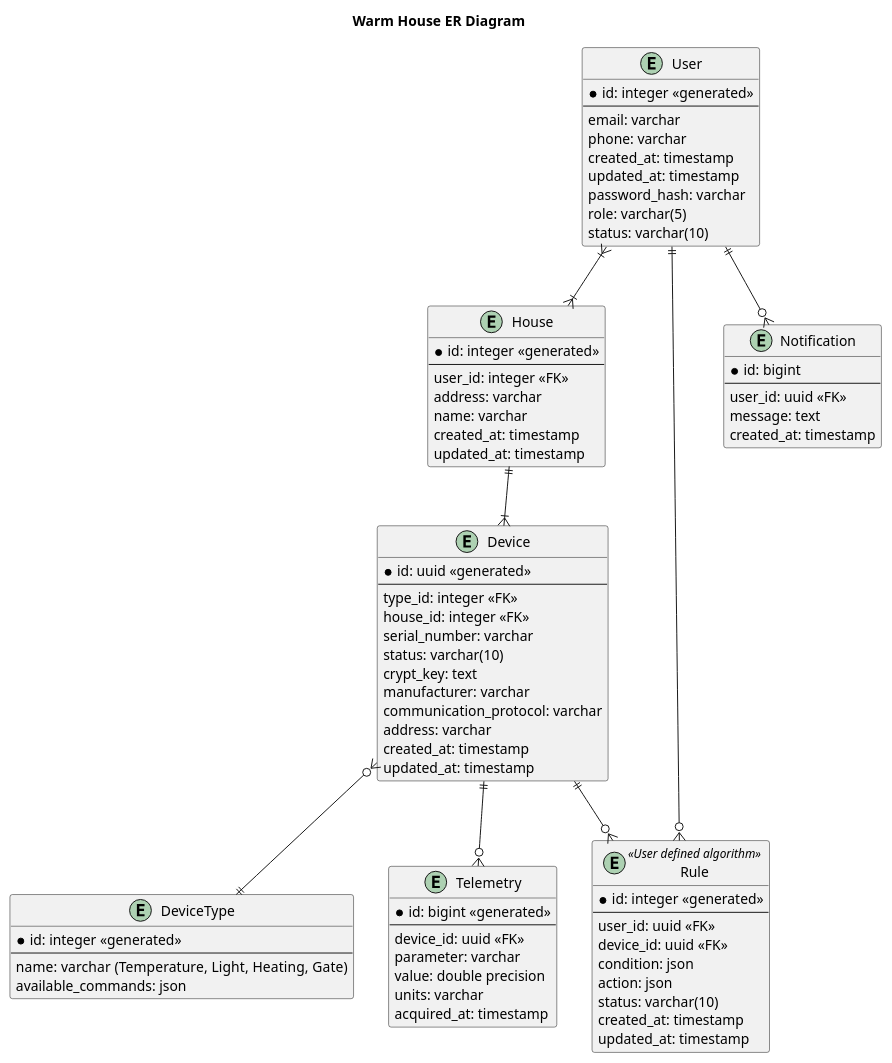
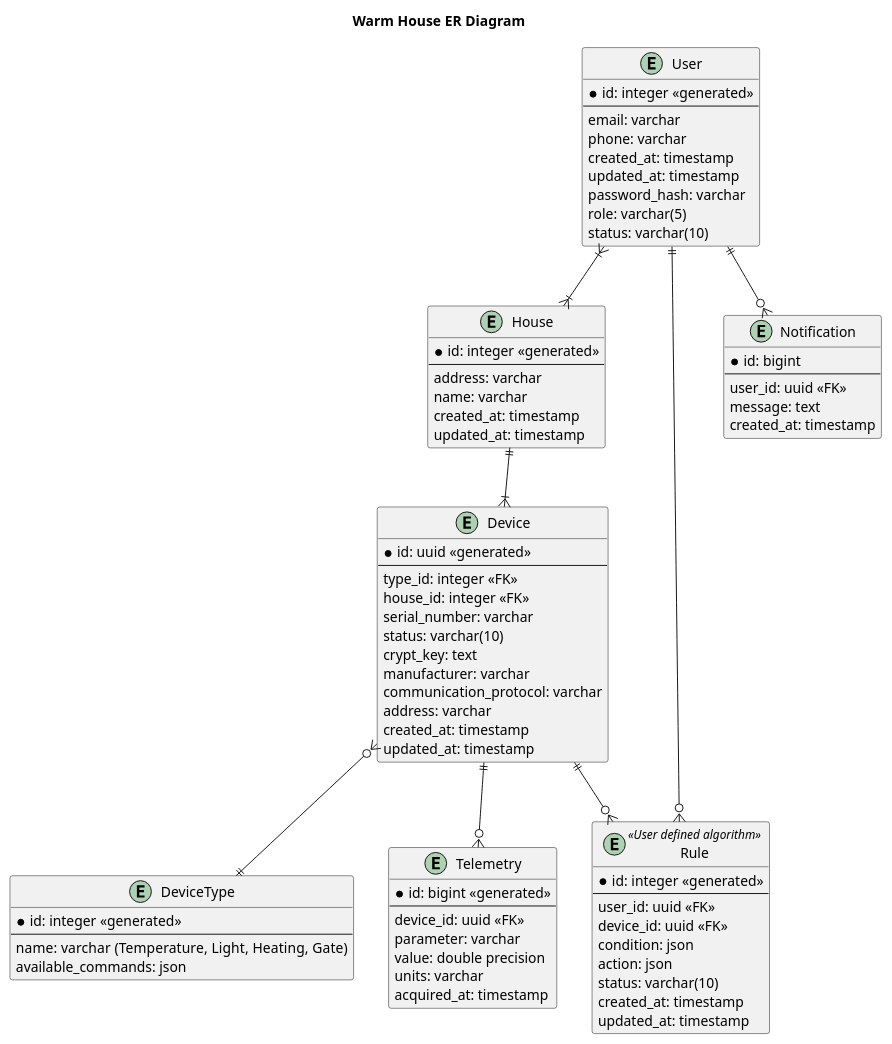
One commit to dima9478/arcihecture-sprint-3 changed the diagram in diagrams/erd.puml. Above: the diagram before and after it, drawn with PlantUML. The commit also changed 1 other file, not shown here.

```diff
--- a/diagrams/erd.puml
+++ b/diagrams/erd.puml
@@ -1,86 +1,85 @@
 @startuml
 title Warm House ER Diagram
 
 entity User {
     * id: integer <<generated>>
     --
     email: varchar
     phone: varchar
     created_at: timestamp
     updated_at: timestamp
     password_hash: varchar
     role: varchar(5)
     status: varchar(10)
 }
 
 entity House {
     * id: integer <<generated>>
     --
-    user_id: integer <<FK>>
     address: varchar
     name: varchar
     created_at: timestamp
     updated_at: timestamp
 }
 
 entity Device {
     * id: uuid <<generated>>
     --
     type_id: integer <<FK>>
     house_id: integer <<FK>>
     serial_number: varchar
     status: varchar(10)
     crypt_key: text
     manufacturer: varchar
     communication_protocol: varchar
     address: varchar
     created_at: timestamp
     updated_at: timestamp
 }
 
 entity DeviceType {
     * id: integer <<generated>>
     --
     name: varchar  (Temperature, Light, Heating, Gate)
     available_commands: json
 }
 
 entity Telemetry {
     * id: bigint <<generated>>
     --
     device_id: uuid <<FK>>
     parameter: varchar
     value: double precision
     units: varchar
     acquired_at: timestamp
 }
 
 entity Rule<<User defined algorithm>> {
     * id: integer <<generated>>
     --
     user_id: uuid <<FK>>
     device_id: uuid <<FK>>
     condition: json
     action: json
     status: varchar(10)
     created_at: timestamp
     updated_at: timestamp
 }
 
 entity Notification {
     * id: bigint
     --
     user_id: uuid <<FK>>
     message: text
     created_at: timestamp
 }
 
 User }|--|{ House
 House ||--|{ Device
 Device }o--|| DeviceType
 Device ||--o{ Telemetry
 User ||--o{ Rule
 Device ||--o{ Rule
 User ||--o{ Notification
 
 @enduml
```
